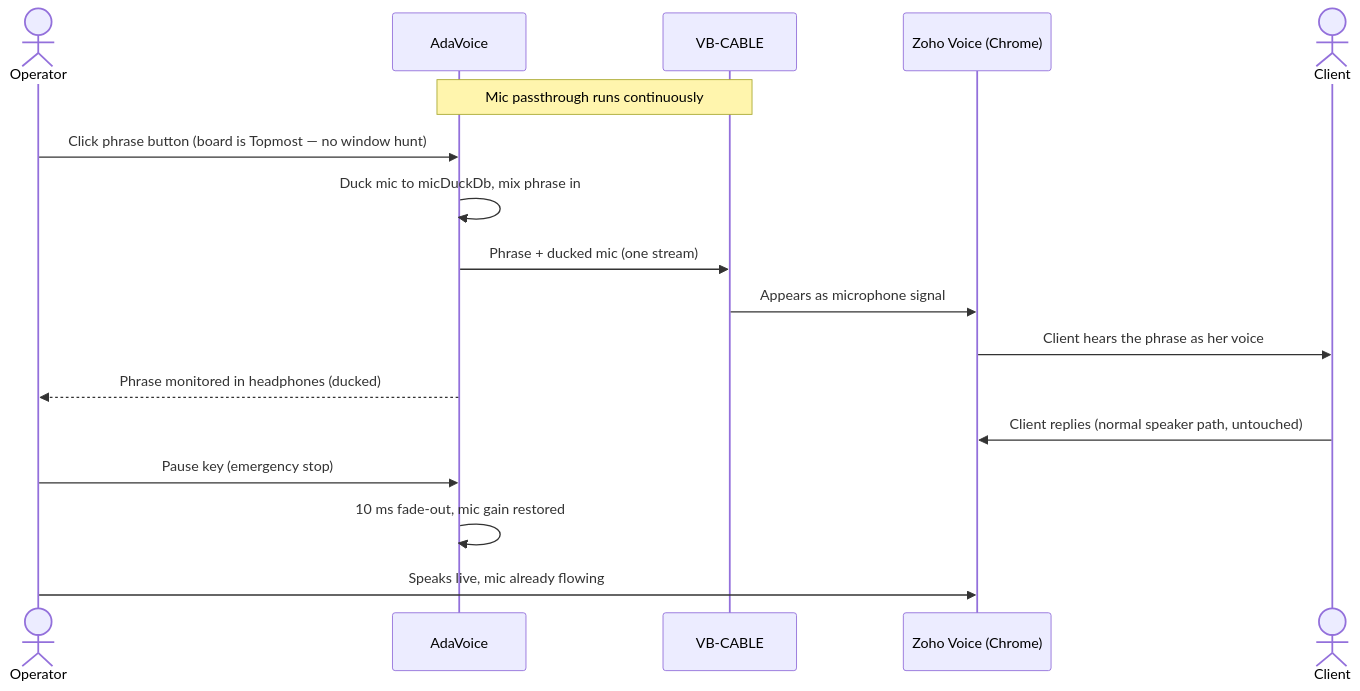
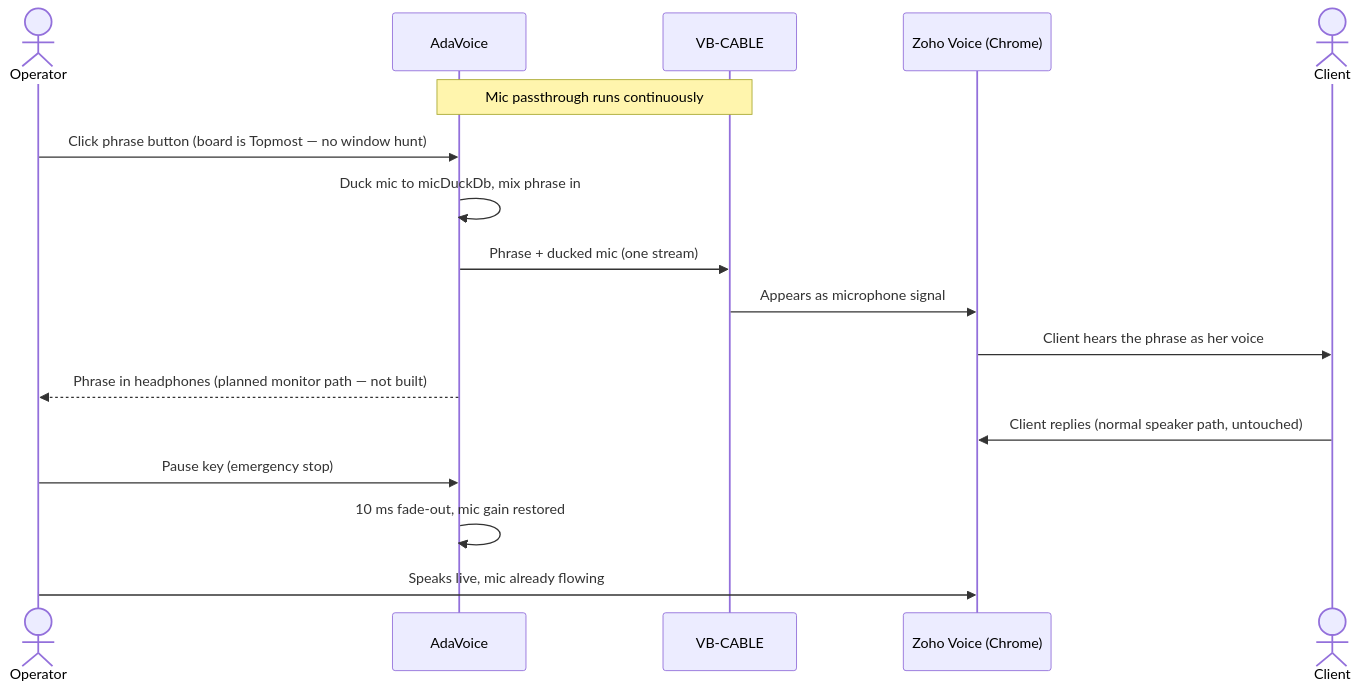
One commit to olehserv/ada-voice changed the diagram in docs/design/01-overview.md. Above: the diagram before and after it, drawn with Mermaid. The commit also changed other lines of this file and 48 other files, not shown here.

````diff
--- a/docs/design/01-overview.md
+++ b/docs/design/01-overview.md
@@ -121,20 +127,20 @@
 ```mermaid
 sequenceDiagram
     actor Op as Operator
     participant AV as AdaVoice
     participant VC as VB-CABLE
     participant ZV as Zoho Voice (Chrome)
     actor Cl as Client
 
     Note over AV,VC: Mic passthrough runs continuously
     Op->>AV: Click phrase button (board is Topmost — no window hunt)
     AV->>AV: Duck mic to micDuckDb, mix phrase in
     AV->>VC: Phrase + ducked mic (one stream)
     VC->>ZV: Appears as microphone signal
     ZV->>Cl: Client hears the phrase as her voice
-    AV-->>Op: Phrase monitored in headphones (ducked)
+    AV-->>Op: Phrase in headphones (planned monitor path — not built)
     Cl->>ZV: Client replies (normal speaker path, untouched)
     Op->>AV: Pause key (emergency stop)
     AV->>AV: 10 ms fade-out, mic gain restored
     Op->>ZV: Speaks live, mic already flowing
 ```
````
